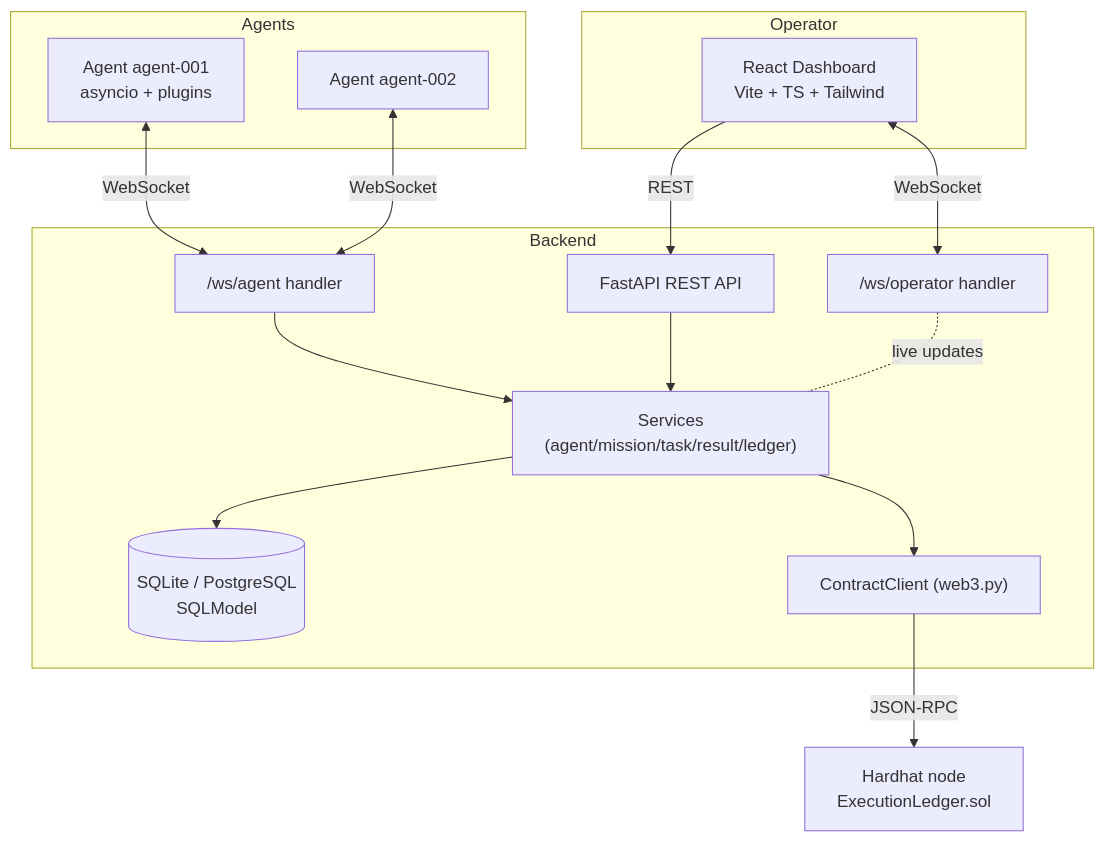
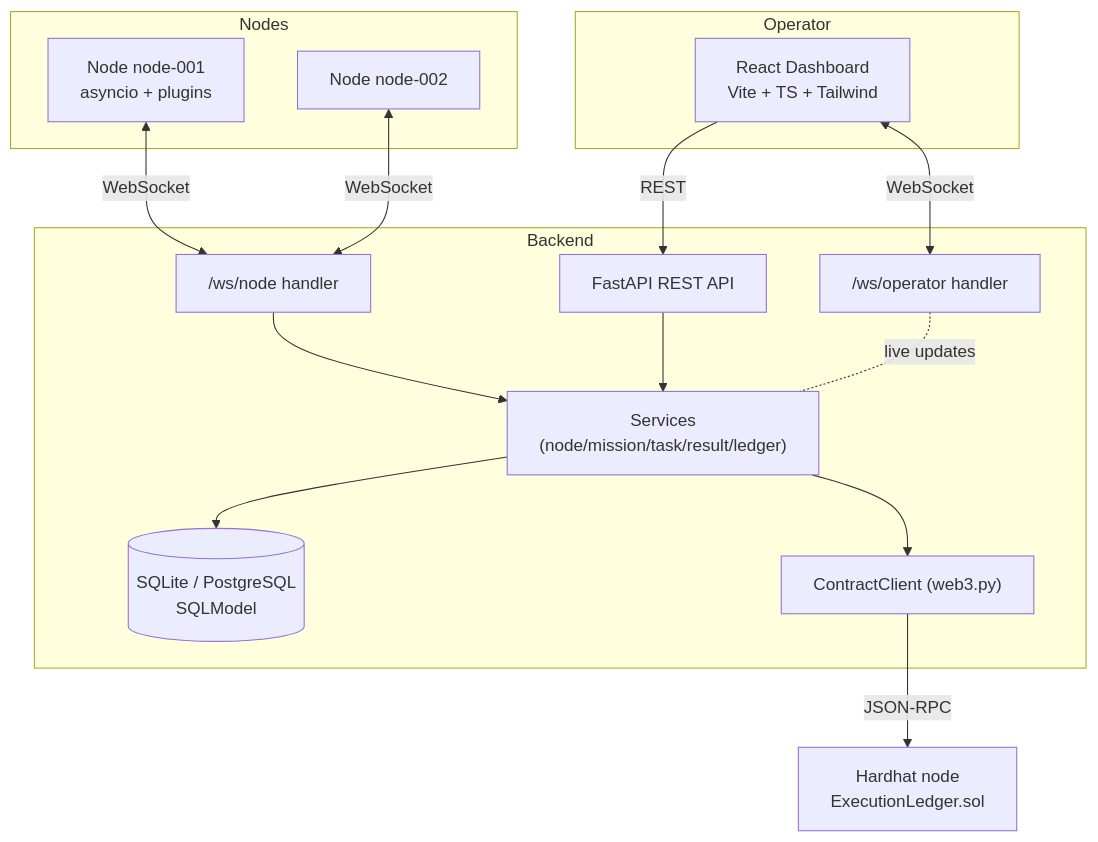
One commit to ybedoyab/aligo-c2 changed the first of 2 diagrams in docs/architecture.md. Above: the diagram before and after it, drawn with Mermaid. The commit also changed other lines of this file and 96 other files, not shown here.

Commit message:
fix: change name from agents to nodes

````diff
--- a/docs/architecture.md
+++ b/docs/architecture.md
@@ -8,33 +8,33 @@
 ```mermaid
 flowchart TB
   subgraph Operator
     UI["React Dashboard<br/>Vite + TS + Tailwind"]
   end
 
   subgraph Backend
     API["FastAPI REST API"]
-    WSA["/ws/agent handler"]
+    WSA["/ws/node handler"]
     WSO["/ws/operator handler"]
-    SVC["Services<br/>(agent/mission/task/result/ledger)"]
+    SVC["Services<br/>(node/mission/task/result/ledger)"]
     DB[("SQLite / PostgreSQL<br/>SQLModel")]
     BC["ContractClient (web3.py)"]
   end
 
-  subgraph Agents
-    AG1["Agent agent-001<br/>asyncio + plugins"]
-    AG2["Agent agent-002"]
+  subgraph Nodes
+    AG1["Node node-001<br/>asyncio + plugins"]
+    AG2["Node node-002"]
   end
 
   Chain["Hardhat node<br/>ExecutionLedger.sol"]
 
   UI -->|REST| API
   UI <-->|WebSocket| WSO
   AG1 <-->|WebSocket| WSA
   AG2 <-->|WebSocket| WSA
   API --> SVC
   WSA --> SVC
   SVC --> DB
   SVC --> BC
   BC -->|JSON-RPC| Chain
   WSO -.live updates.- SVC
 ```
````
